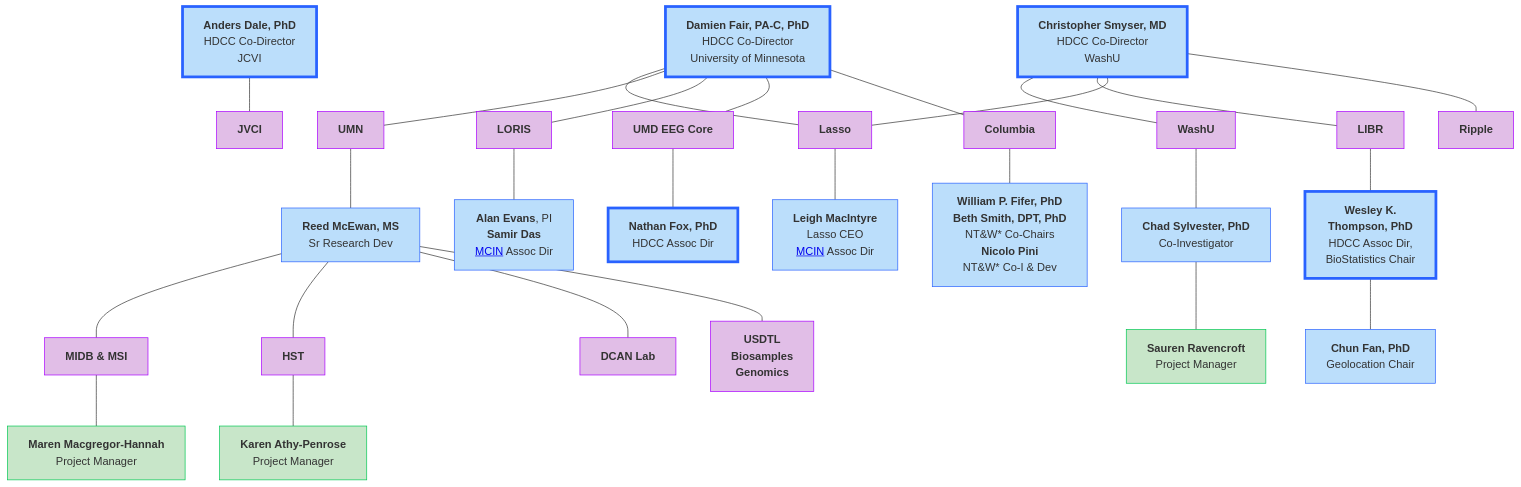
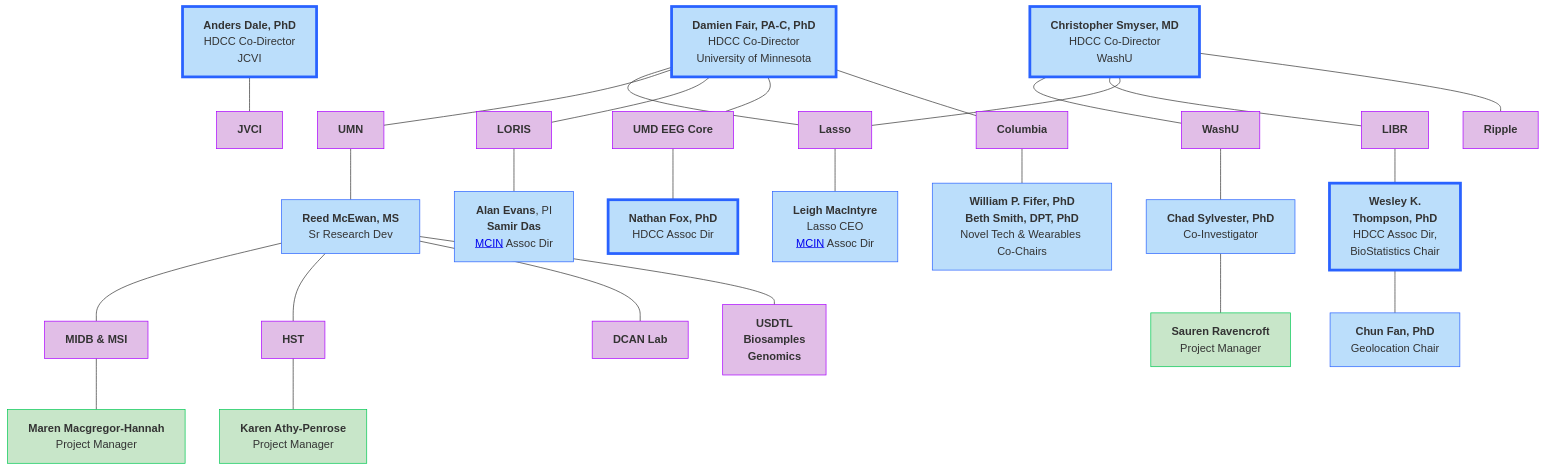
Before and after one commit to DCAN-Labs/hbcd-docs-internal: the first of 9 diagrams in docs/orgcharts.md, drawn with Mermaid. The commit also changed other lines of this file, not shown here.

Commit message:
minor update

````diff
--- a/docs/orgcharts.md
+++ b/docs/orgcharts.md
@@ -12,54 +12,54 @@
 ```mermaid
 flowchart TB
     n2["<b>Anders Dale, PhD<br></b>HDCC Co-Director<br>JCVI"] --- jvci["<b>JVCI</b>"]
     E["<b>Damien Fair, PA-C, PhD</b><br>HDCC Co-Director<br>University of Minnesota"] --- lasso["<b>Lasso</b>"] & umn["<b>UMN</b>"] & n7["<b>LORIS</b>"] & n8["<b>UMD EEG Core</b>"] & n11["<b>Columbia</b>"]
     lasso --- lasso1["<b>Leigh MacIntyre</b><br>Lasso CEO<br><a href="https://mcin.ca/about-mcin/" target="_blank">MCIN</a> Assoc Dir"]
     n1["<b>Christopher Smyser, MD<br></b>HDCC Co-Director<br>WashU"] --- n10["<b>WashU</b><br>"] & n12["<b>LIBR</b>"] & lasso
     n16["<b>Wesley K.<br>Thompson, PhD</b><br>HDCC Assoc Dir,<br>BioStatistics Chair"] --- n17["<b>Chun Fan, PhD</b><br>Geolocation Chair"]
     n12 --- n16
     n8 --- n19["<b>Nathan Fox, PhD<br></b>HDCC Assoc Dir"]
     n7 --- n20["<b>Alan Evans</b>, PI<br><b>Samir Das</b><br><a href="https://mcin.ca/about-mcin/" target="_blank">MCIN</a> Assoc Dir"]
     umn --- reed["<b>Reed McEwan, MS</b><br>Sr Research Dev"]
     n10 --- n22["<b>Chad Sylvester, PhD</b><br>Co-Investigator"]
-    n11 --- n18["<b>William P. Fifer, PhD</b><br><b>Beth Smith, DPT, PhD</b><br>NT&W* Co-Chairs<br><b>Nicolo Pini<br></b>NT&W* Co-I &amp; Dev"]
+    n11 --- n18["<b>William P. Fifer, PhD</b><br><b>Beth Smith, DPT, PhD</b><br>Novel Tech & Wearables Co-Chairs"]
     reed --- n25["<b>MIDB &amp; MSI</b>"] & n27["<b>HST</b>"] & n28["<b>DCAN Lab</b>"] & n29["<b>USDTL<br>Biosamples<br>Genomics</b>"]
     n25 --- n30["<b>Maren Macgregor-Hannah</b><br>Project Manager"]
     n27 --- n31["<b>Karen Athy-Penrose</b><br>Project Manager"]
     n22 --- n32["<b>Sauren Ravencroft</b><br>Project Manager"]
     n1 --- n24["<b>Ripple</b>"]
     style n2 fill:#BBDEFB,stroke:#2962FF,stroke-width:4px
     style jvci fill:#E1BEE7,stroke:#AA00FF
     style E fill:#BBDEFB,stroke:#2962FF,stroke-width:4px
     style lasso fill:#E1BEE7,stroke:#AA00FF
     style umn fill:#E1BEE7,stroke:#AA00FF
     style n7 fill:#E1BEE7,stroke:#AA00FF
     style n8 fill:#E1BEE7,stroke:#AA00FF
     style n11 fill:#E1BEE7,stroke:#AA00FF
     style lasso1 fill:#BBDEFB,stroke:#2962FF
     style n1 fill:#BBDEFB,stroke:#2962FF,stroke-width:4px
     style n10 fill:#E1BEE7,stroke:#AA00FF
     style n12 fill:#E1BEE7,stroke:#AA00FF
     style n16 fill:#BBDEFB,stroke:#2962FF,stroke-width:4px
     style n17 fill:#BBDEFB,stroke:#2962FF
     style n19 fill:#BBDEFB,stroke:#2962FF,stroke-width:4px
     style n20 fill:#BBDEFB,stroke:#2962FF
     style reed fill:#BBDEFB,stroke:#2962FF
     style n22 fill:#BBDEFB,stroke:#2962FF
     style n24 fill:#E1BEE7,stroke:#AA00FF
     style n18 fill:#BBDEFB,stroke:#2962FF
     style n25 fill:#E1BEE7,stroke:#AA00FF
     style n27 fill:#E1BEE7,stroke:#AA00FF
     style n28 fill:#E1BEE7,stroke:#AA00FF
     style n29 fill:#E1BEE7,stroke:#AA00FF
     style n30 fill:#C8E6C9,stroke:#00C853
     style n31 fill:#C8E6C9,stroke:#00C853
     style n32 fill:#C8E6C9,stroke:#00C853
     click jvci "#j-craig-venter-institute"
     click lasso "#lasso"
     click umn "#university-of-minnesota"
     click n7 "#loris"
     click n8 "#umd-eeg-core"
     click n10 "#washu"
     click n25 "#midb-informatics-hub-msi"
     click n27 "#health-sciences-technology"
 ```
````
